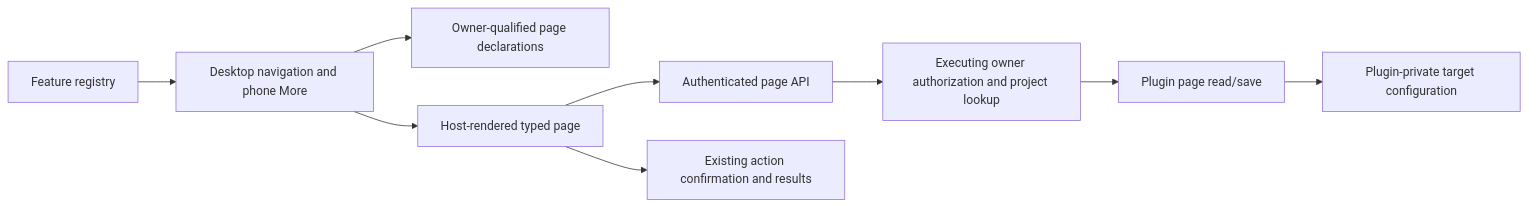
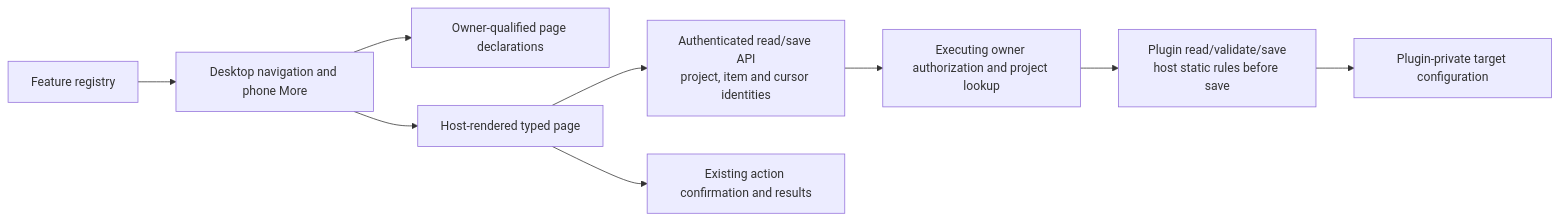
Before and after one commit to ocman/ocman: diagram 13 of 14 in docs/other/architecture.md, drawn with Mermaid. The commit also changed other lines of this file and 27 other files, not shown here.

Commit message:
feat(plugins): add host-rendered page contributions and authoring guide

````diff
--- a/docs/other/architecture.md
+++ b/docs/other/architecture.md
@@ -2040,11 +2040,11 @@
 ```mermaid
 flowchart LR
     Registry[Feature registry] --> Navigation[Desktop navigation and phone More]
     Navigation --> Catalog[Owner-qualified page declarations]
     Navigation --> Page[Host-rendered typed page]
-    Page --> API[Authenticated page API]
+    Page --> API[Authenticated read/save API<br/>project, item and cursor identities]
     API --> Owner[Executing owner authorization and project lookup]
-    Owner --> Process[Plugin page read/save]
+    Owner --> Process[Plugin read/validate/save<br/>host static rules before save]
     Process --> Files[Plugin-private target configuration]
     Page --> Actions[Existing action confirmation and results]
 ```
````
